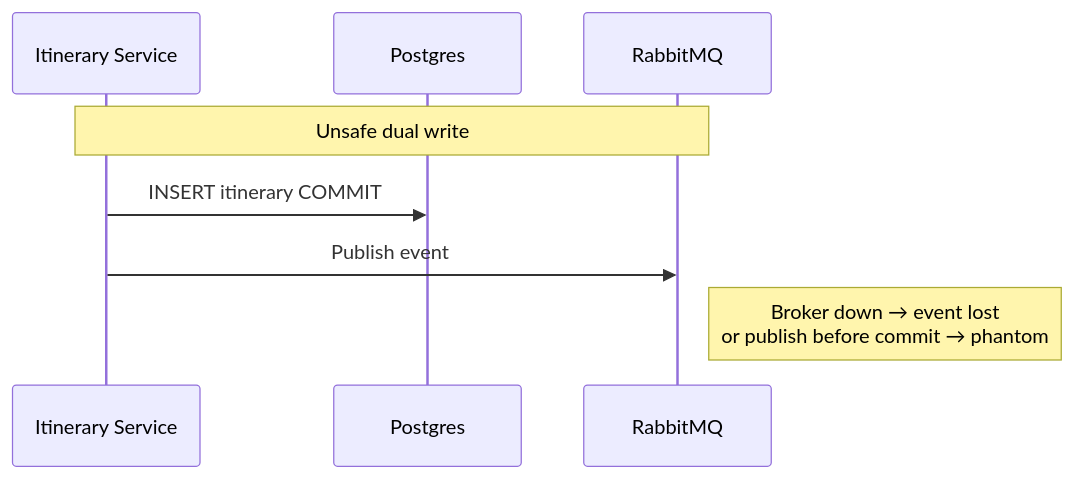
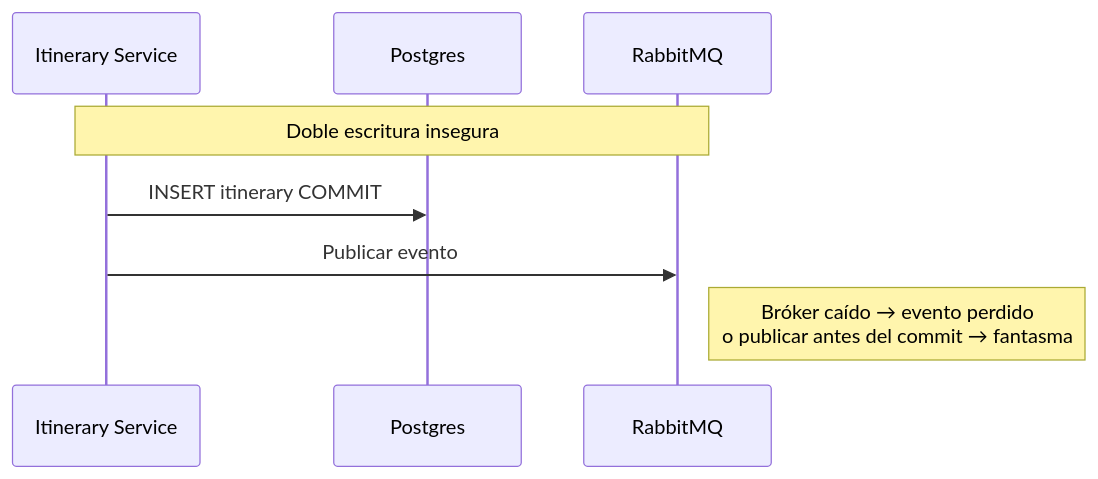
Before and after one commit to bue221/proyecto-arquitectura-software-emergente: the first of 2 diagrams in wiki/Diagrams-outbox.md, drawn with Mermaid. The commit also changed other lines of this file and 38 other files, not shown here.

````diff
--- a/wiki/Diagrams-outbox.md
+++ b/wiki/Diagrams-outbox.md
@@ -8,11 +8,11 @@
 ```mermaid
 sequenceDiagram
   participant S as Itinerary Service
   participant DB as Postgres
   participant Q as RabbitMQ
 
-  Note over S,Q: Unsafe dual write
+  Note over S,Q: Doble escritura insegura
   S->>DB: INSERT itinerary COMMIT
-  S->>Q: Publish event
-  Note right of Q: Broker down → event lost<br/>or publish before commit → phantom
+  S->>Q: Publicar evento
+  Note right of Q: Bróker caído → evento perdido<br/>o publicar antes del commit → fantasma
 ```
````
